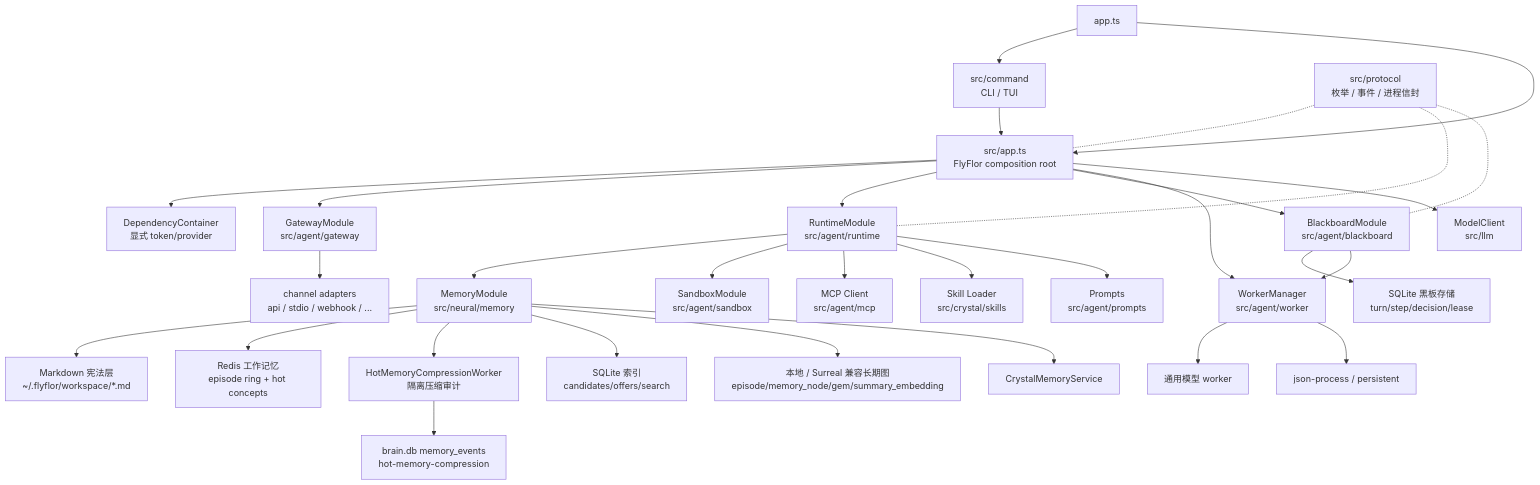
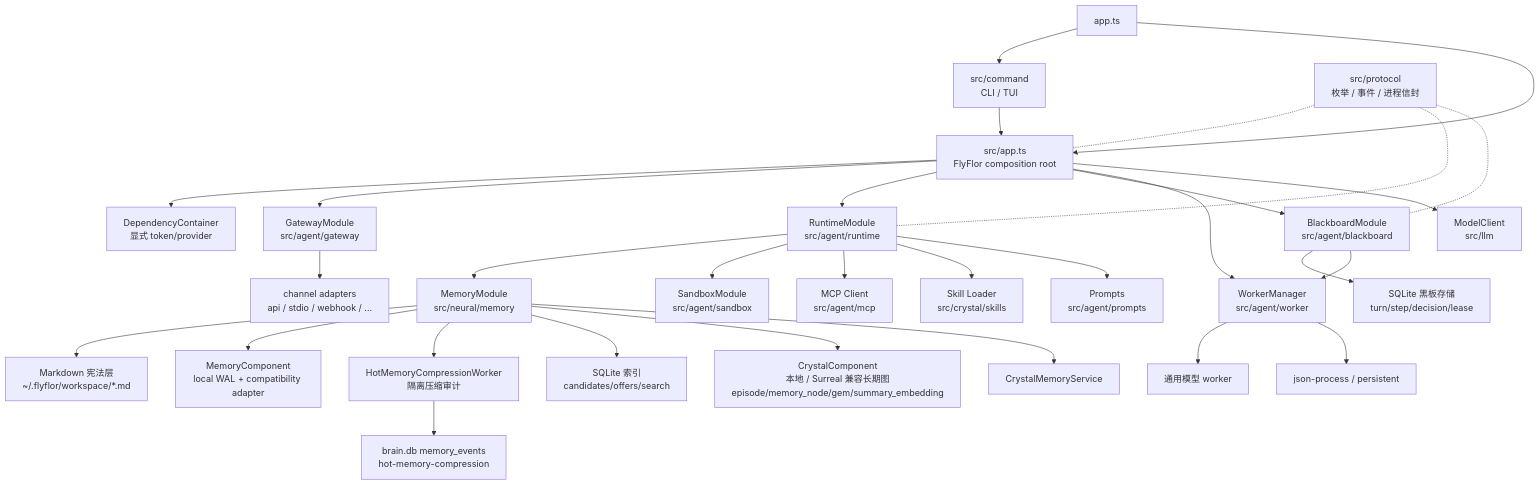
One commit to flyflor/flyflor changed the first of 3 diagrams in docs/architecture.md. Above: the diagram before and after it, drawn with Mermaid. The commit also changed other lines of this file and 40 other files, not shown here.

Commit message:
Align memory components and summary embedding flow

````diff
--- a/docs/architecture.md
+++ b/docs/architecture.md
@@ -26,38 +26,38 @@
 ```mermaid
 flowchart TB
     Entry["app.ts"] --> Command["src/command<br/>CLI / TUI"]
     Entry --> AppRoot["src/app.ts<br/>FlyFlor composition root"]
     Command --> AppRoot
     AppRoot --> Container["DependencyContainer<br/>显式 token/provider"]
 
     AppRoot --> Gateway["GatewayModule<br/>src/agent/gateway"]
     AppRoot --> Runtime["RuntimeModule<br/>src/agent/runtime"]
     AppRoot --> Blackboard["BlackboardModule<br/>src/agent/blackboard"]
     AppRoot --> Workers["WorkerManager<br/>src/agent/worker"]
     AppRoot --> Model["ModelClient<br/>src/llm"]
 
     Runtime --> Memory["MemoryModule<br/>src/neural/memory"]
     Runtime --> Sandbox["SandboxModule<br/>src/agent/sandbox"]
     Runtime --> MCP["MCP Client<br/>src/agent/mcp"]
     Runtime --> Skills["Skill Loader<br/>src/crystal/skills"]
     Runtime --> Prompts["Prompts<br/>src/agent/prompts"]
 
     Memory --> Markdown["Markdown 宪法层<br/>~/.flyflor/workspace/*.md"]
-    Memory --> Redis["Redis 工作记忆<br/>episode ring + hot concepts"]
+    Memory --> Redis["MemoryComponent<br/>local WAL + compatibility adapter"]
     Memory --> HotCompression["HotMemoryCompressionWorker<br/>隔离压缩审计"]
     Memory --> SQLite["SQLite 索引<br/>candidates/offers/search"]
-    Memory --> Graph["本地 / Surreal 兼容长期图<br/>episode/memory_node/gem/summary_embedding"]
+    Memory --> Graph["CrystalComponent<br/>本地 / Surreal 兼容长期图<br/>episode/memory_node/gem/summary_embedding"]
     Memory --> Crystal["CrystalMemoryService"]
     HotCompression --> SQLiteBrain["brain.db memory_events<br/>hot-memory-compression"]
 
     Blackboard --> BlackboardSqlite["SQLite 黑板存储<br/>turn/step/decision/lease"]
     Blackboard --> Workers
     Workers --> ModelWorker["通用模型 worker"]
     Workers --> JsonProcess["json-process / persistent"]
 
     Gateway --> Channels["channel adapters<br/>api / stdio / webhook / ..."]
 
     Protocol["src/protocol<br/>枚举 / 事件 / 进程信封"] -.- AppRoot
     Protocol -.- Runtime
     Protocol -.- Blackboard
 ```
````
